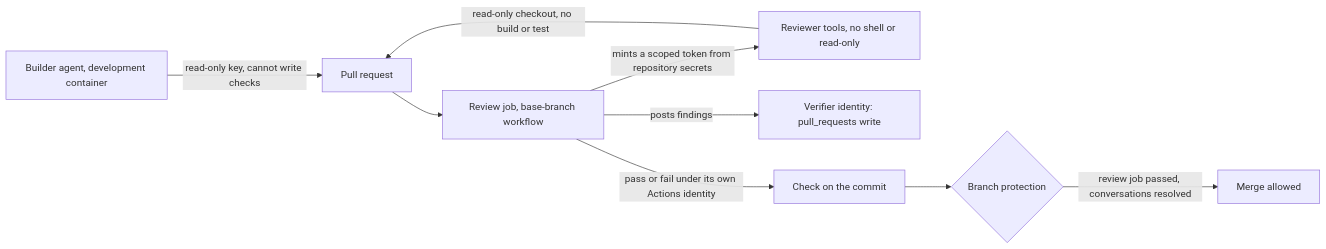
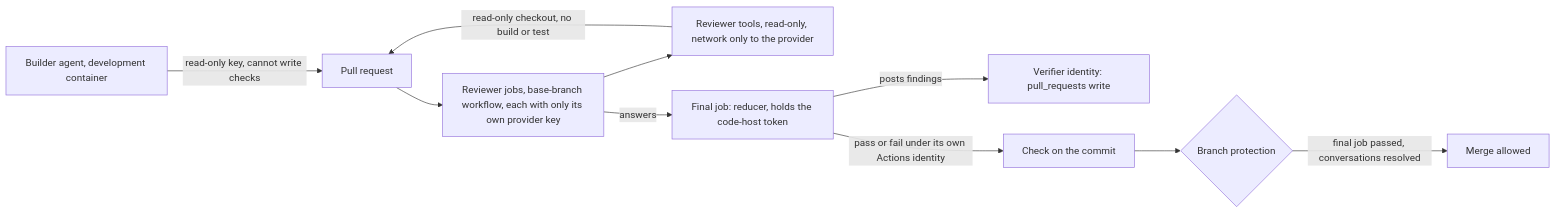
Before and after one commit to open-software-factory/software-factory: the diagram in docs/architecture/decisions/0020-who-can-post-a-review-result.md, drawn with Mermaid. The commit also changed other lines of this file and 3 other files, not shown here.

First line of the commit message:
Record the review prompt file, read-only reviewers and per-reviewer keys

````diff
--- a/docs/architecture/decisions/0020-who-can-post-a-review-result.md
+++ b/docs/architecture/decisions/0020-who-can-post-a-review-result.md
@@ -123,11 +158,12 @@
 ```mermaid
 flowchart LR
   B[Builder agent, development container] -->|read-only key, cannot write checks| PR[Pull request]
-  PR --> RJ[Review job, base-branch workflow]
-  RJ -->|mints a scoped token from repository secrets| RV[Reviewer tools, no shell or read-only]
+  PR --> RJ[Reviewer jobs, base-branch workflow, each with only its own provider key]
+  RJ --> RV[Reviewer tools, read-only, network only to the provider]
   RV -->|read-only checkout, no build or test| PR
-  RJ -->|posts findings| VC[Verifier identity: pull_requests write]
-  RJ -->|pass or fail under its own Actions identity| CHK[Check on the commit]
+  RJ -->|answers| FJ[Final job: reducer, holds the code-host token]
+  FJ -->|posts findings| VC[Verifier identity: pull_requests write]
+  FJ -->|pass or fail under its own Actions identity| CHK[Check on the commit]
   CHK --> GATE{Branch protection}
-  GATE -->|review job passed, conversations resolved| M[Merge allowed]
+  GATE -->|final job passed, conversations resolved| M[Merge allowed]
 ```
````
